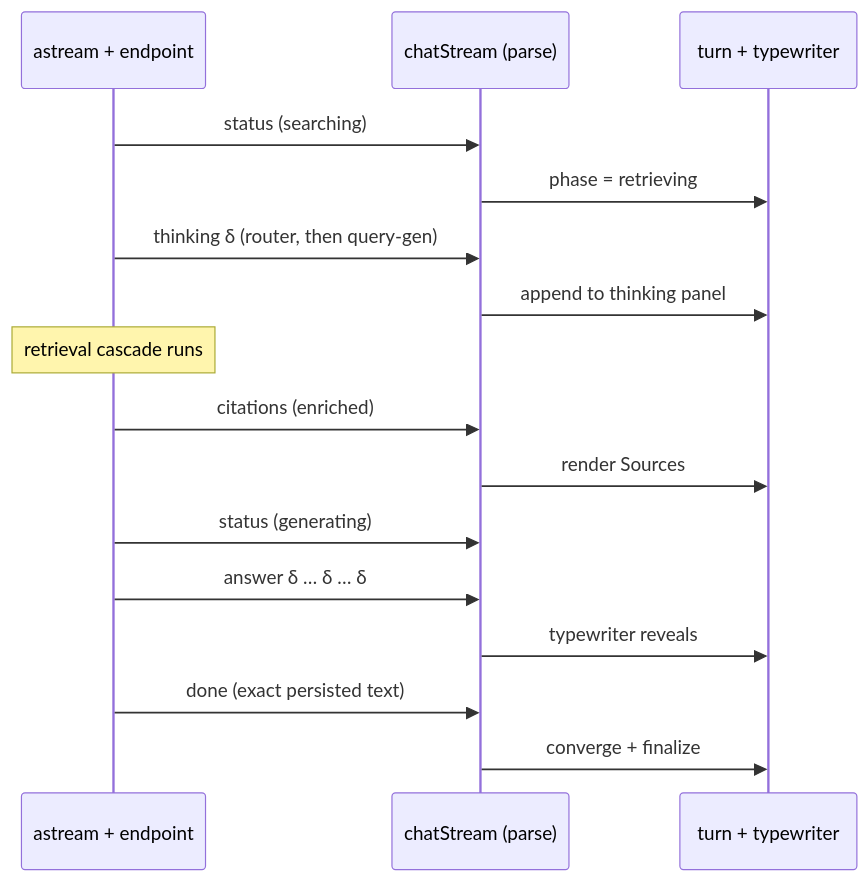
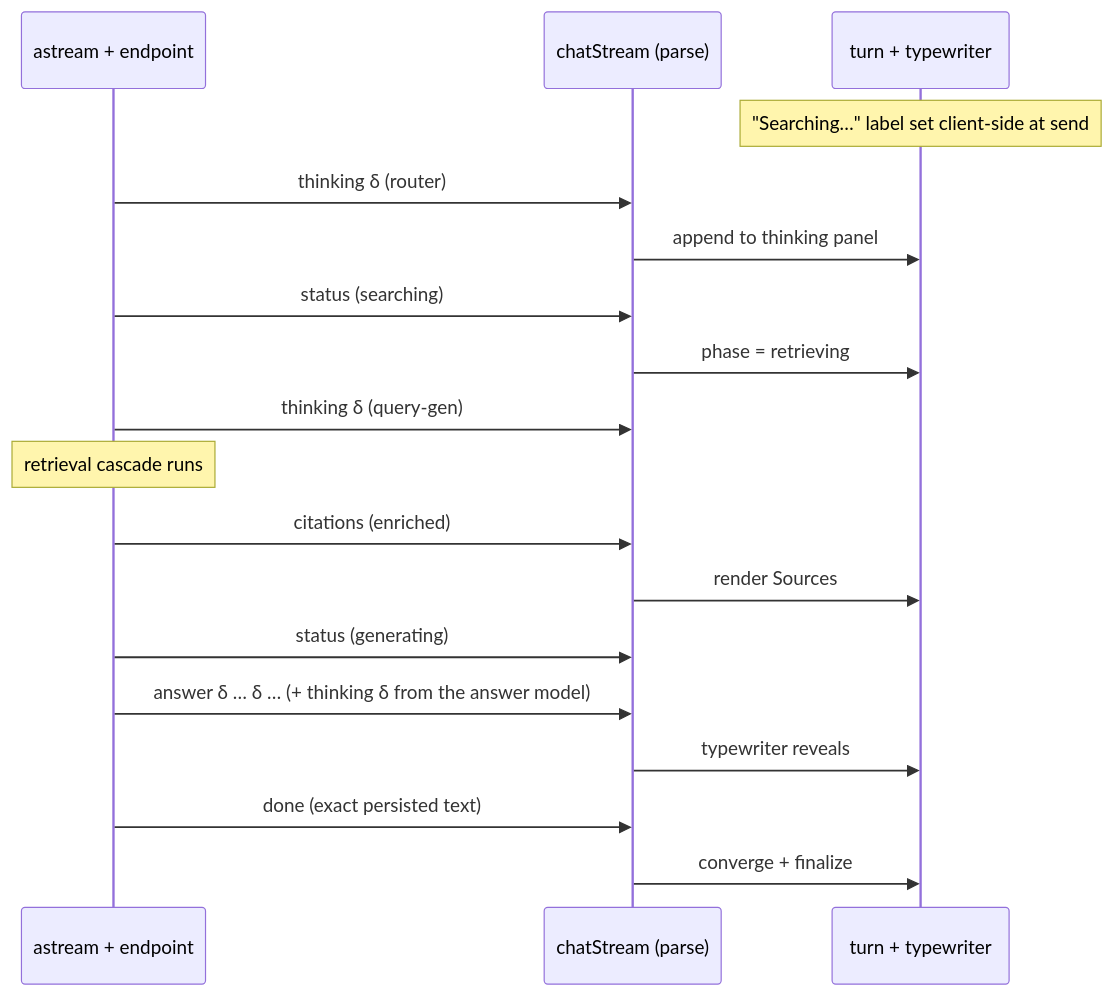
One commit to yuvallevy09/class-mate changed the first of 5 diagrams in docs/streaming-ux.md. Above: the diagram before and after it, drawn with Mermaid. The commit also changed other lines of this file and 36 other files, not shown here.

````diff
--- a/docs/streaming-ux.md
+++ b/docs/streaming-ux.md
@@ -17,19 +17,21 @@
 ```mermaid
 sequenceDiagram
     participant S as astream + endpoint
     participant C as chatStream (parse)
     participant T as turn + typewriter
 
+    Note over T: "Searching…" label set client-side at send
+    S->>C: thinking δ (router)
+    C->>T: append to thinking panel
     S->>C: status (searching)
     C->>T: phase = retrieving
-    S->>C: thinking δ (router, then query-gen)
-    C->>T: append to thinking panel
+    S->>C: thinking δ (query-gen)
     Note over S: retrieval cascade runs
     S->>C: citations (enriched)
     C->>T: render Sources
     S->>C: status (generating)
-    S->>C: answer δ … δ … δ
+    S->>C: answer δ … δ … (+ thinking δ from the answer model)
     C->>T: typewriter reveals
     S->>C: done (exact persisted text)
     C->>T: converge + finalize
 ```
````
